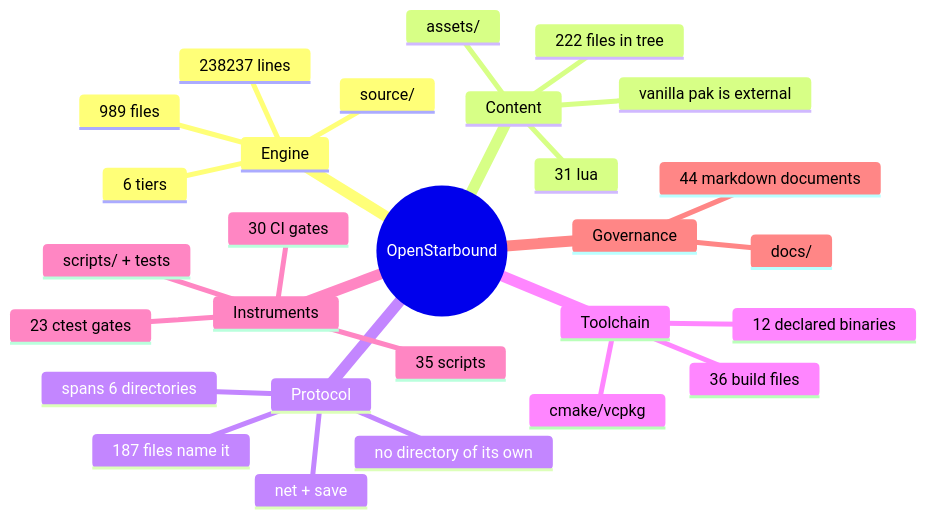
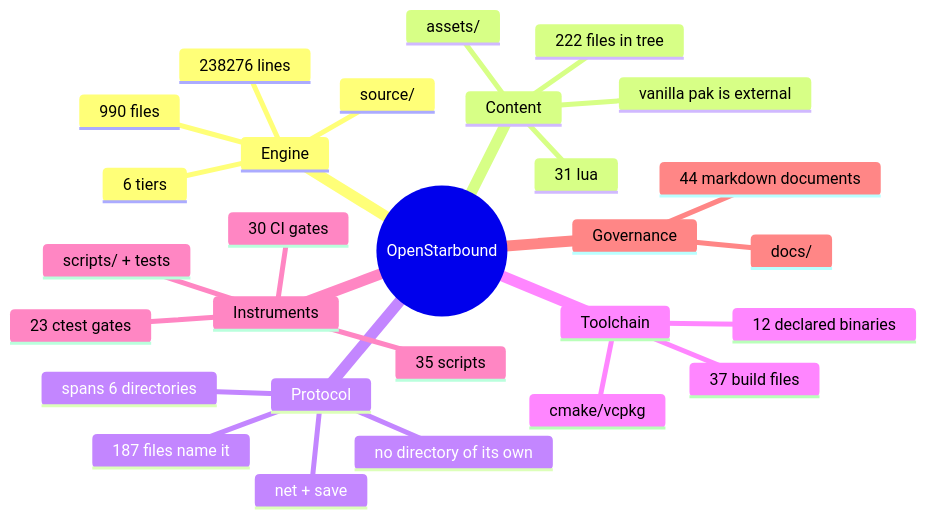
Before and after one commit to apnex/OpenStarbound: the second of 11 diagrams in docs/architecture/system-boundaries.md, drawn with Mermaid. The commit also changed other lines of this file and 6 other files, not shown here.

````diff
--- a/docs/architecture/system-boundaries.md
+++ b/docs/architecture/system-boundaries.md
@@ -166,31 +166,31 @@
 ```mermaid
 mindmap
   root((OpenStarbound))
     Engine
       source/
-      989 files
-      238237 lines
+      990 files
+      238276 lines
       6 tiers
     Content
       assets/
       222 files in tree
       31 lua
       vanilla pak is external
     Protocol
       net + save
       187 files name it
       spans 6 directories
       no directory of its own
     Toolchain
       cmake/vcpkg
-      36 build files
+      37 build files
       12 declared binaries
     Instruments
       scripts/ + tests
       35 scripts
       23 ctest gates
       30 CI gates
     Governance
       docs/
       44 markdown documents
 ```
````
